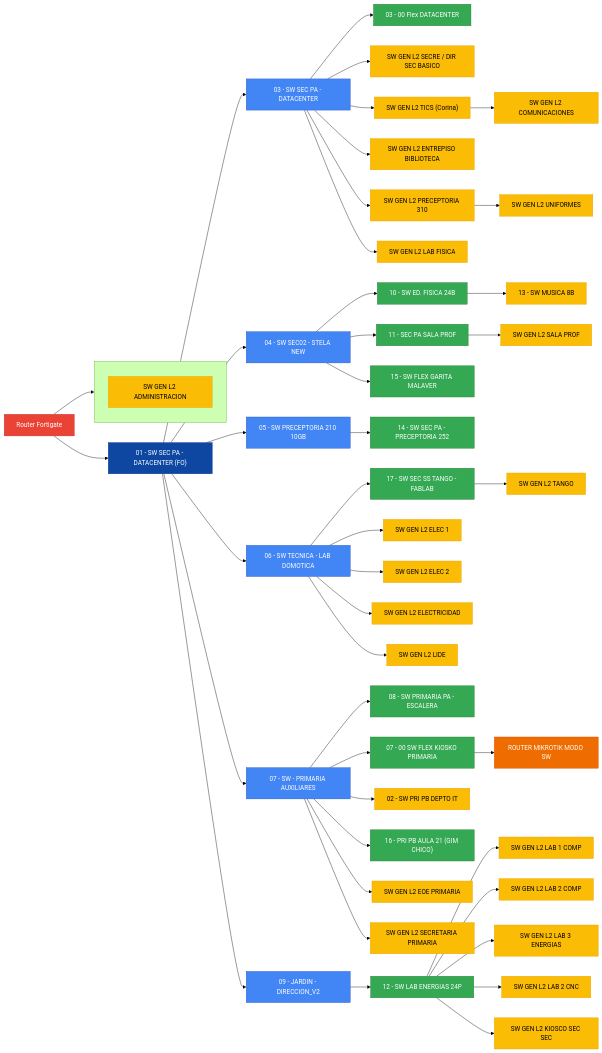
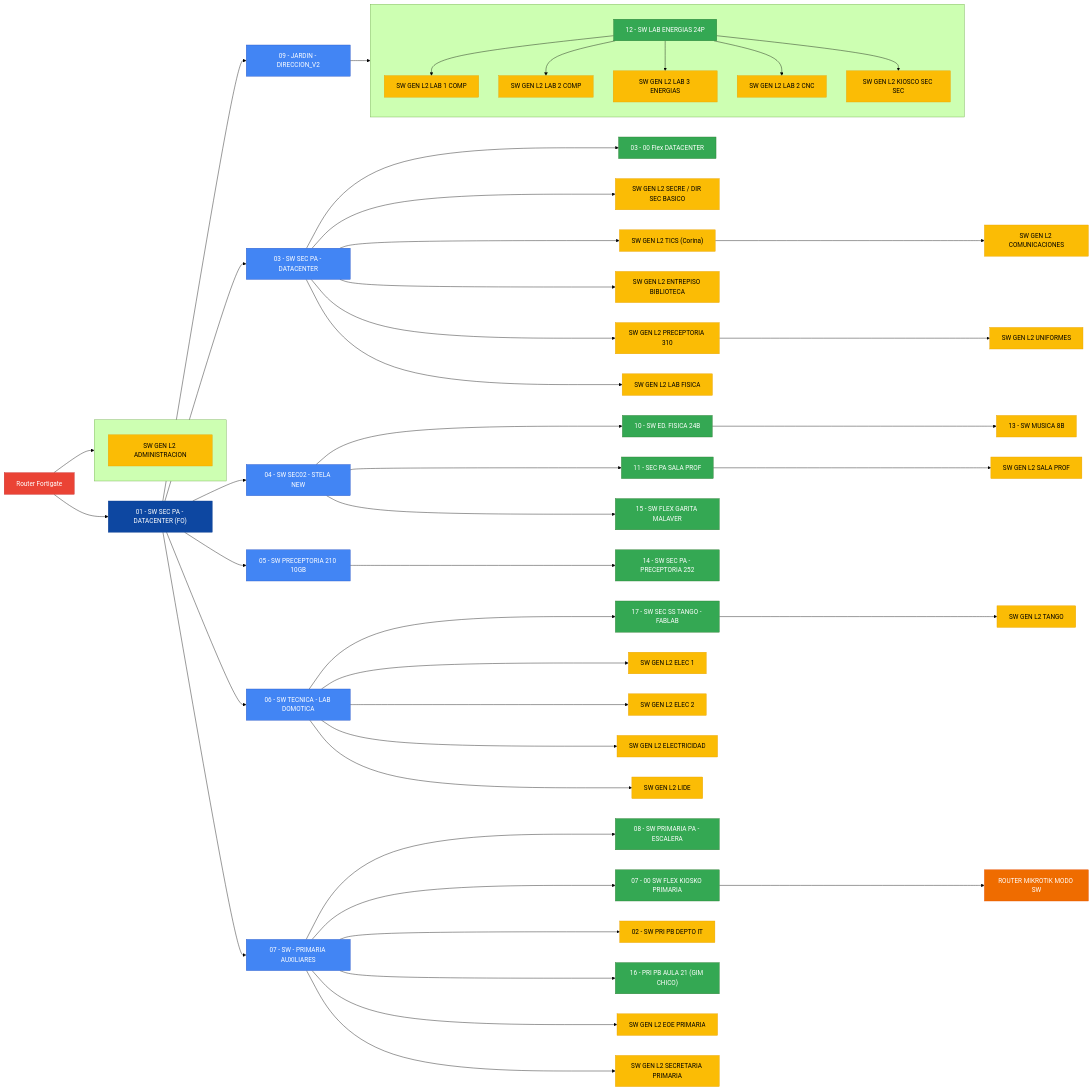
One commit to carlostcba/Topologia-LSF changed the diagram in README.md. Above: the diagram before and after it, drawn with Mermaid (forest theme).

````diff
--- a/README.md
+++ b/README.md
@@ -2,72 +1,76 @@
 ```mermaid
 flowchart LR
 
     classDef enrutamiento fill:#EA4335,stroke:#C62828,color:white;
     classDef core fill:#0D47A1,stroke:#0B3C91,color:white;
     classDef distribucion fill:#4285F4,stroke:#2A56C6,color:white;
     classDef redistribucion fill:#34A853,stroke:#2E7D32,color:white;
     classDef acceso fill:#FBBC05,stroke:#E8A203,color:black;
     classDef especial fill:#EF6C00,stroke:#E65100,color:white;
 
     RF[Router Fortigate] --> C01["01 - SW SEC PA - DATACENTER (FO)"]
 
     %% Agrupar nodo S02 en un subgraph vertical para separar visualmente
     subgraph admin_space [ ]
     direction TB
         S02["SW GEN L2 ADMINISTRACION"]
     end
     RF --> S02
 
     C01 --> S03["03 - SW SEC PA - DATACENTER"]
     S03 --> FLEX1["03 - 00 Flex DATACENTER"]
     S03 --> S031["SW GEN L2 SECRE / DIR SEC BASICO"]
     S03 --> S032["SW GEN L2 TICS (Corina)"]
     S032 --> S036["SW GEN L2 COMUNICACIONES"]
     S03 --> S033["SW GEN L2 ENTREPISO BIBLIOTECA"]
     S03 --> S034["SW GEN L2 PRECEPTORIA 310"]
     S034 --> S037["SW GEN L2 UNIFORMES"]
     S03 --> S035["SW GEN L2 LAB FISICA"]
 
     C01 --> S04["04 - SW SEC02 - STELA NEW"]
     S04 --> E10["10 - SW ED. FISICA 24B"]
     E10 --> M13["13 - SW MUSICA 8B"]
     S04 --> P11["11 - SEC PA SALA PROF"]
     P11 --> SPROF["SW GEN L2 SALA PROF"]
     S04 --> FLEX2["15 - SW FLEX GARITA MALAVER"]
 
     C01 --> S05["05 - SW PRECEPTORIA 210 10GB"]
     S05 --> P14["14 - SW SEC PA - PRECEPTORIA 252"]
 
     C01 --> S06["06 - SW TECNICA - LAB DOMOTICA"]
     S06 --> T17["17 - SW SEC SS TANGO - FABLAB"]
     T17 --> TANGO["SW GEN L2 TANGO"]
     S06 --> ELEC1["SW GEN L2 ELEC 1"]
     S06 --> ELEC2["SW GEN L2 ELEC 2"]
     S06 --> ELEC3["SW GEN L2 ELECTRICIDAD"]
     S06 --> LIDE["SW GEN L2 LIDE"]
 
     C01 --> S07["07 - SW - PRIMARIA AUXILIARES"]
     S07 --> P08["08 - SW PRIMARIA PA - ESCALERA"]
     S07 --> K07["07 - 00 SW FLEX KIOSKO PRIMARIA"]
     K07 --> RMIK["ROUTER MIKROTIK MODO SW"]
     S07 --> D02["02 - SW PRI PB DEPTO IT"]
     S07 --> G16["16 - PRI PB AULA 21 (GIM CHICO)"]
     S07 --> EOE["SW GEN L2 EOE PRIMARIA"]
     S07 --> SPRI["SW GEN L2 SECRETARIA PRIMARIA"]
 
     C01 --> S09["09 - JARDIN - DIRECCION_V2"]
     S09 --> L12["12 - SW LAB ENERGIAS 24P"]
-    %% Nodos hijos sin subgraph
-    L12 --> LC1["SW GEN L2 LAB 1 COMP"]
-    L12 --> LC2["SW GEN L2 LAB 2 COMP"]
-    L12 --> LE3["SW GEN L2 LAB 3 ENERGIAS"]
-    L12 --> CNC["SW GEN L2 LAB 2 CNC"]
-    L12 --> KSEC["SW GEN L2 KIOSCO SEC SEC"]
+
+    %% Agrupar nodos colgados de L12 en forma vertical
+    subgraph lab_ener [ ]
+    direction TB
+        L12 --> LC1["SW GEN L2 LAB 1 COMP"]
+        L12 --> LC2["SW GEN L2 LAB 2 COMP"]
+        L12 --> LE3["SW GEN L2 LAB 3 ENERGIAS"]
+        L12 --> CNC["SW GEN L2 LAB 2 CNC"]
+        L12 --> KSEC["SW GEN L2 KIOSCO SEC SEC"]
+    end
 
     class RF enrutamiento;
     class C01 core;
     class S03,S04,S05,S06,S07,S09 distribucion;
     class FLEX1,FLEX2,P11,E10,P14,T17,P08,K07,G16,L12 redistribucion;
     class S031,S032,S033,S034,S035,S036,S037,M13,SPROF,TANGO,ELEC1,ELEC2,ELEC3,LIDE,D02,EOE,SPRI,LC1,LC2,LE3,CNC,KSEC,S02 acceso;
     class RMIK especial;
 ```
````
